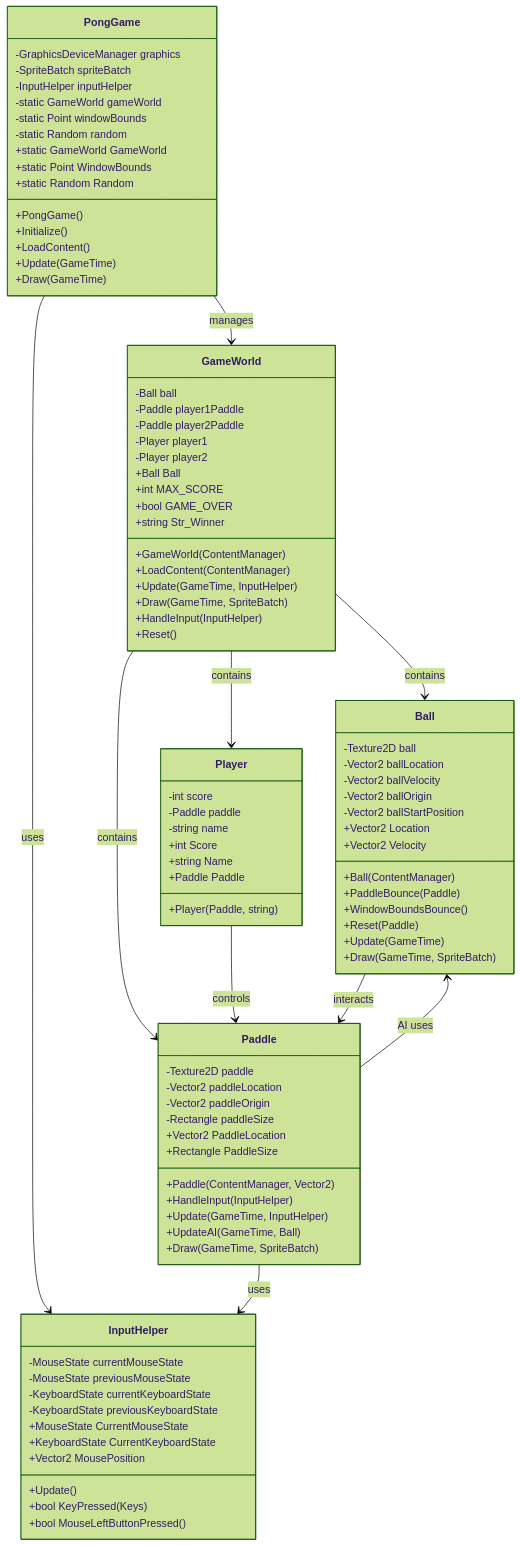
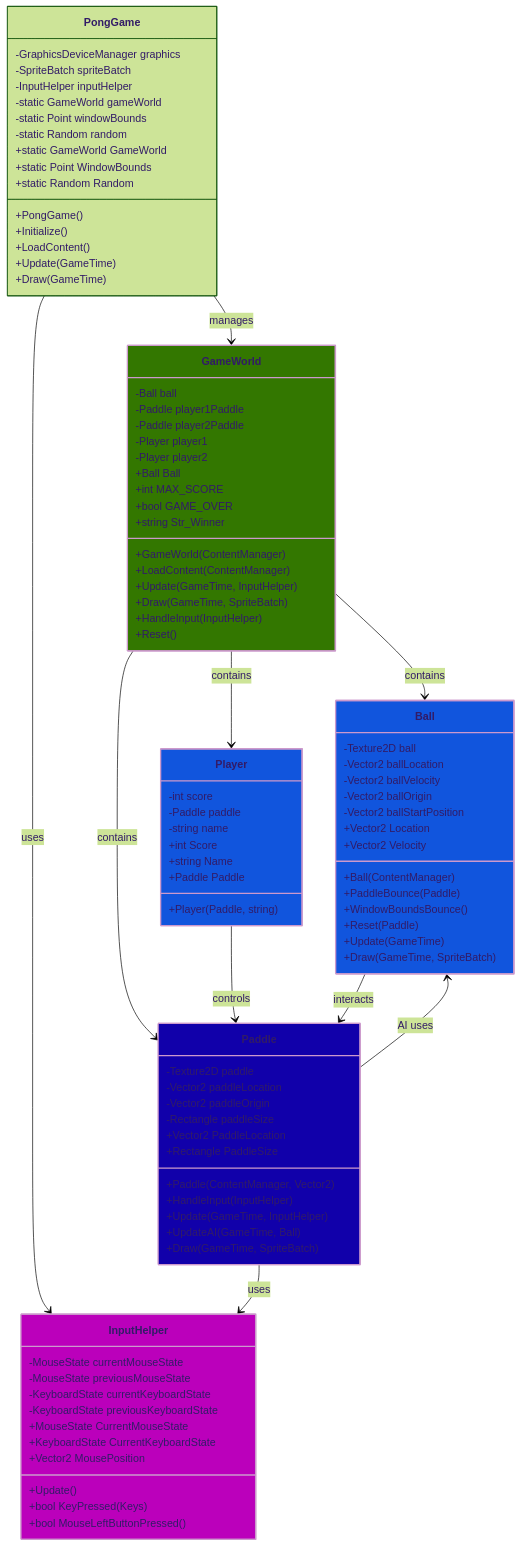
The diagram in DIAGRAM.md (cruelandunusual/Pong), drawn with Mermaid (forest theme) before and after one commit. The commit also changed other lines of this file, not shown here.

Commit message:
added colour styling to mermaid diagram

````diff
--- a/DIAGRAM.md
+++ b/DIAGRAM.md
@@ -98,4 +101,12 @@
     Paddle --> InputHelper : uses
     Paddle --> Ball : AI uses
     Ball --> Paddle : interacts
+
+    style InputHelper fill:#b0b,stroke:#c9c,stroke-width:2px
+    style Player fill:#15d,stroke:#c9c,stroke-width:2px;
+    style Ball fill:#15d,stroke:#c9c,stroke-width:2px;
+    style Paddle fill:#10a,stroke:#c9c,stroke-width:2px;
+    style GameWorld fill:#370,stroke:#c9c,stroke-width:2px;
+
+
 ```
````
